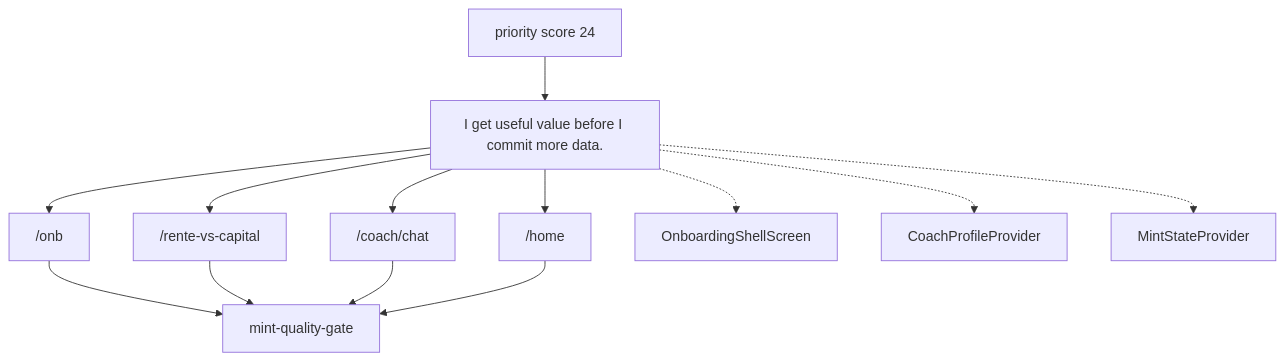
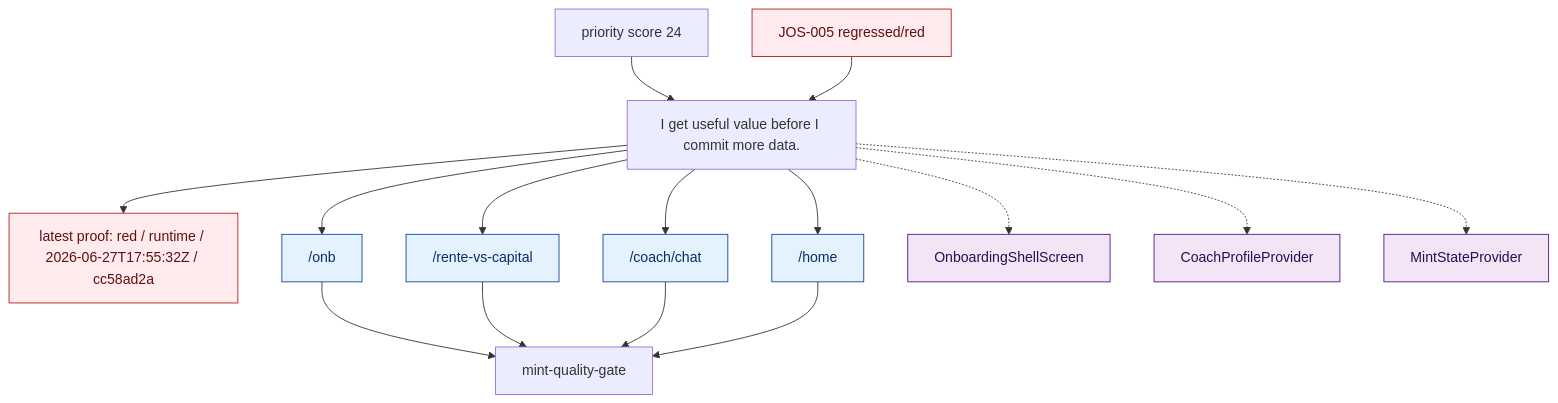
Before and after one commit to MINT-IA/MINT: the diagram in .planning/journeys/diagrams/onboarding_first_value.mmd, drawn with Mermaid. The commit also changed 30 other files, not shown here.

```diff
--- a/.planning/journeys/diagrams/onboarding_first_value.mmd
+++ b/.planning/journeys/diagrams/onboarding_first_value.mmd
@@ -1,24 +1,45 @@
 %% Generated from .planning/journeys/records/onboarding_first_value.json
 flowchart TD
   promise["I get useful value before I commit more data."]
   team["mint-quality-gate"]
+  latest["latest proof: red / runtime / 2026-06-27T17:55:32Z / cc58ad2a"]
+  promise --> latest
+  classDef green fill:#e8f5e9,stroke:#1b5e20,color:#0b3d1a;
+  classDef red fill:#ffebee,stroke:#b71c1c,color:#5f1111;
+  classDef amber fill:#fff8e1,stroke:#ff8f00,color:#5f3b00;
+  classDef blocked fill:#eceff1,stroke:#455a64,color:#263238;
+  classDef neutral fill:#f5f5f5,stroke:#616161,color:#212121;
+  classDef route fill:#e3f2fd,stroke:#0d47a1,color:#082f66;
+  classDef surface fill:#f3e5f5,stroke:#4a148c,color:#2b0d52;
+  classDef api fill:#e0f2f1,stroke:#00695c,color:#003d35;
+  class latest red
   priority["priority score 24"]
   priority --> promise
   route_onb["/onb"]
   promise --> route_onb
   route_onb --> team
+  class route_onb route
   route_rente_vs_capital["/rente-vs-capital"]
   promise --> route_rente_vs_capital
   route_rente_vs_capital --> team
+  class route_rente_vs_capital route
   route_coach_chat["/coach/chat"]
   promise --> route_coach_chat
   route_coach_chat --> team
+  class route_coach_chat route
   route_home["/home"]
   promise --> route_home
   route_home --> team
+  class route_home route
   surface_OnboardingShellScreen["OnboardingShellScreen"]
   promise -.-> surface_OnboardingShellScreen
+  class surface_OnboardingShellScreen surface
   surface_CoachProfileProvider["CoachProfileProvider"]
   promise -.-> surface_CoachProfileProvider
+  class surface_CoachProfileProvider surface
   surface_MintStateProvider["MintStateProvider"]
   promise -.-> surface_MintStateProvider
+  class surface_MintStateProvider surface
+  issue_JOS_005["JOS-005 regressed/red"]
+  issue_JOS_005 --> promise
+  class issue_JOS_005 red
```
